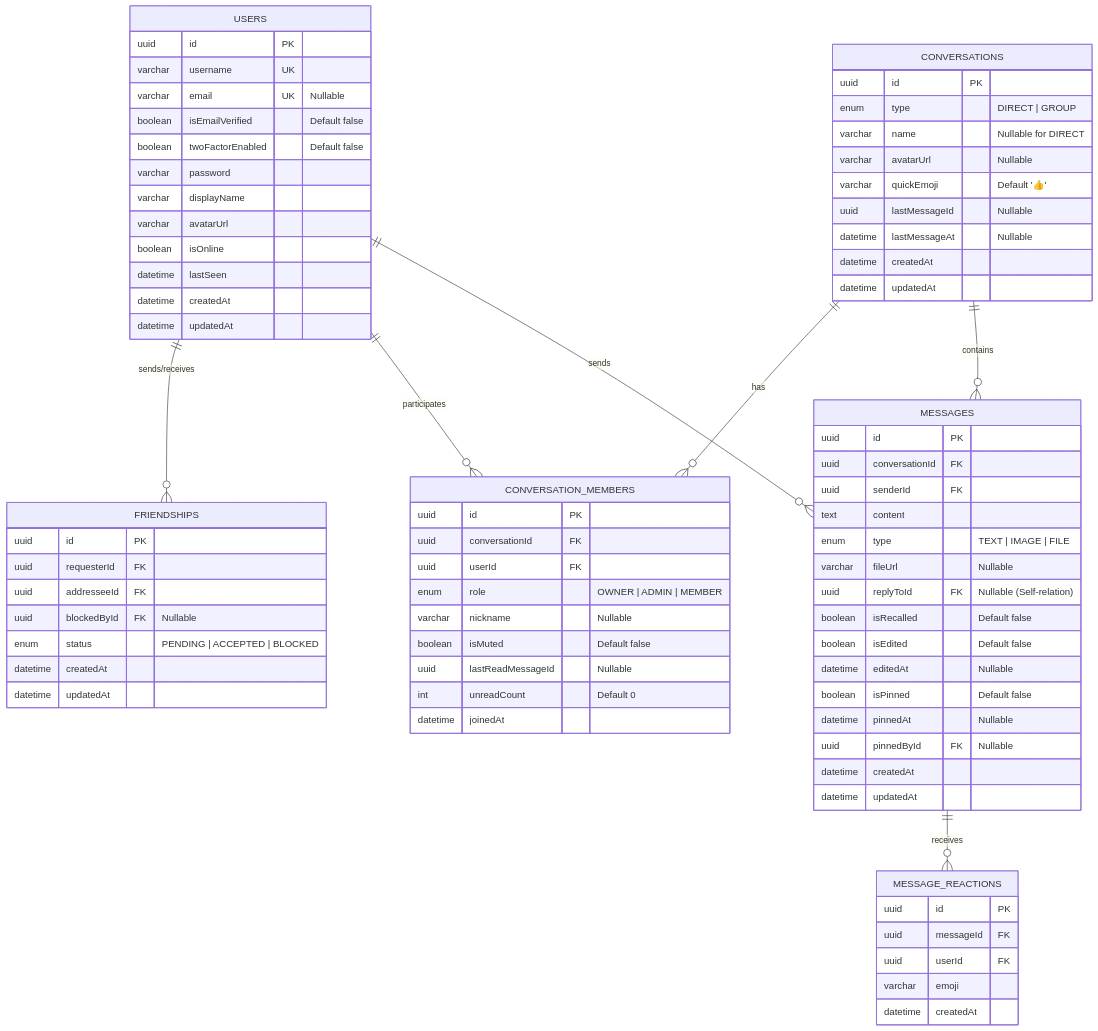
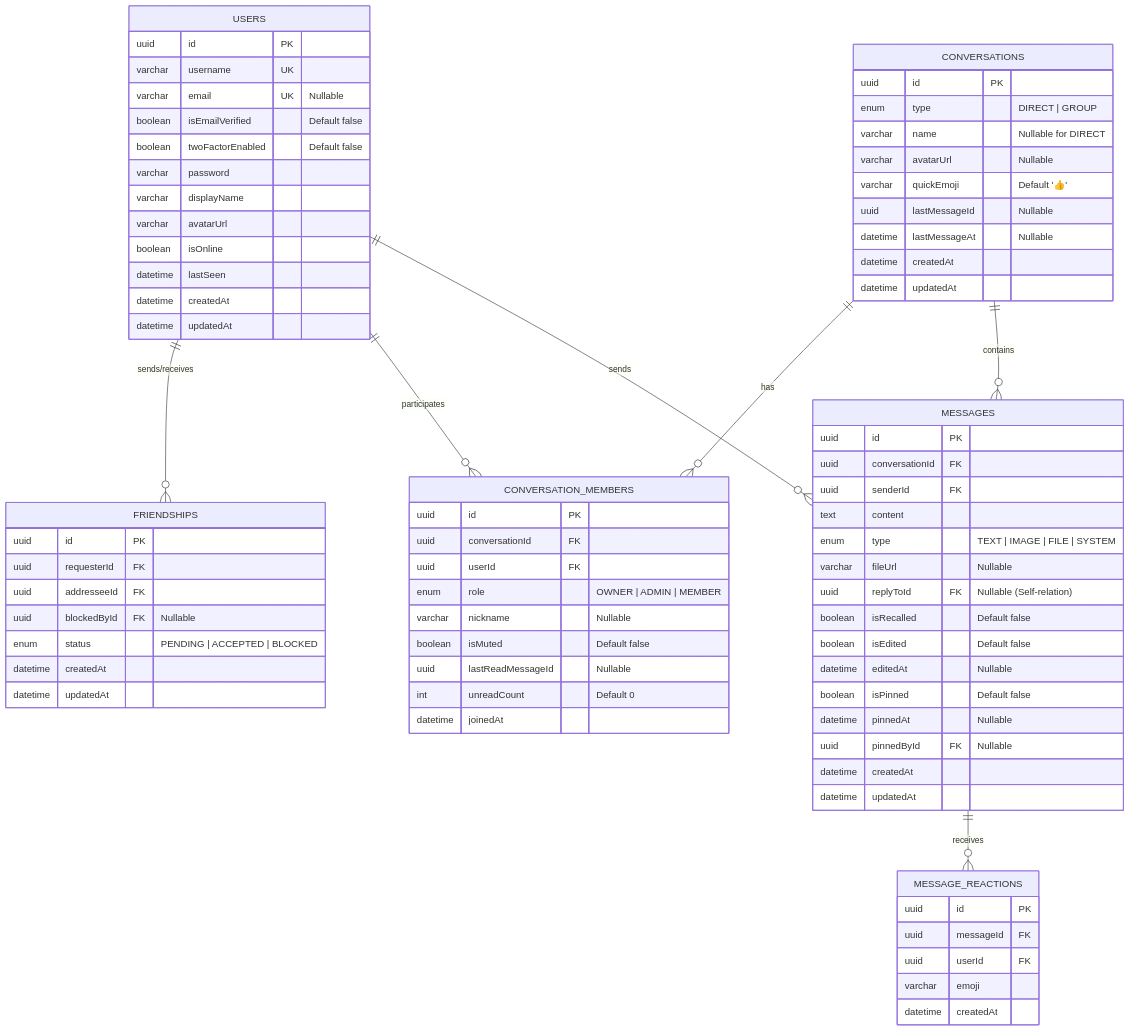
One commit to longtrandev2/ReChat changed the diagram in docs/SPEC.md. Above: the diagram before and after it, drawn with Mermaid. The commit also changed other lines of this file and 24 other files, not shown here.

```diff
--- a/docs/SPEC.md
+++ b/docs/SPEC.md
@@ -324,7 +330,7 @@
         uuid conversationId FK
         uuid senderId FK
         text content
-        enum type "TEXT | IMAGE | FILE"
+        enum type "TEXT | IMAGE | FILE | SYSTEM"
         varchar fileUrl "Nullable"
         uuid replyToId FK "Nullable (Self-relation)"
         boolean isRecalled "Default false"
```
